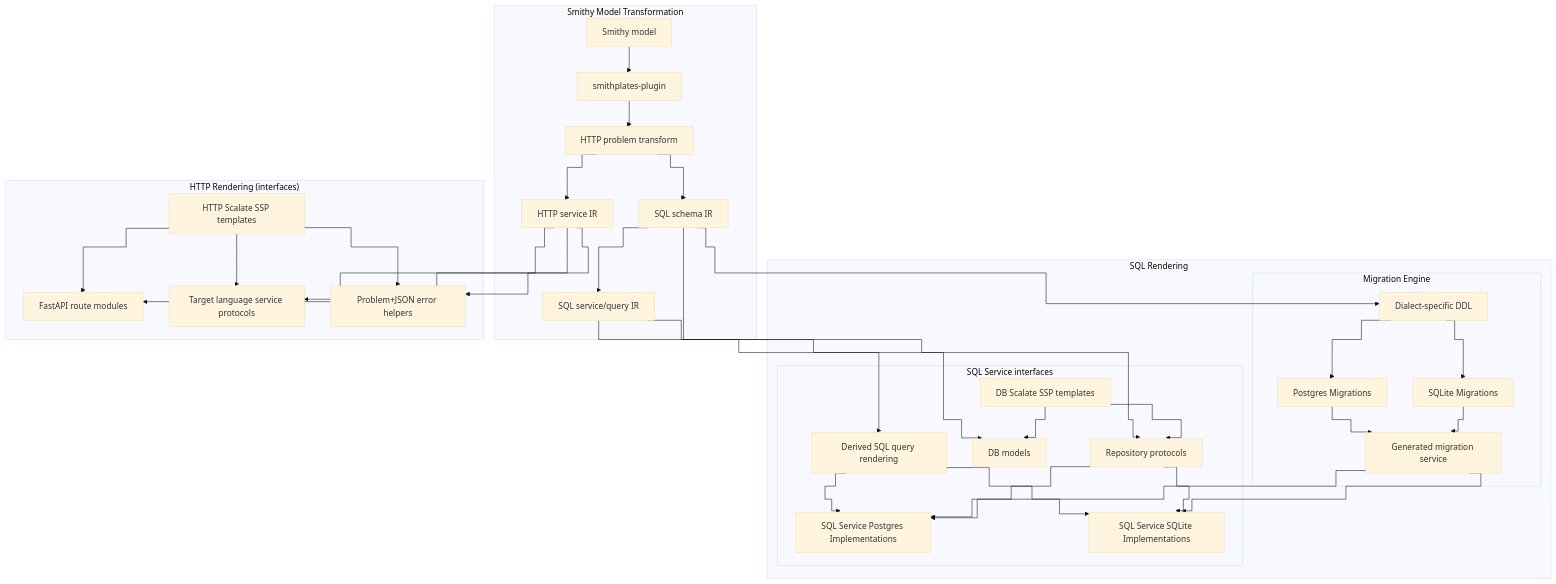
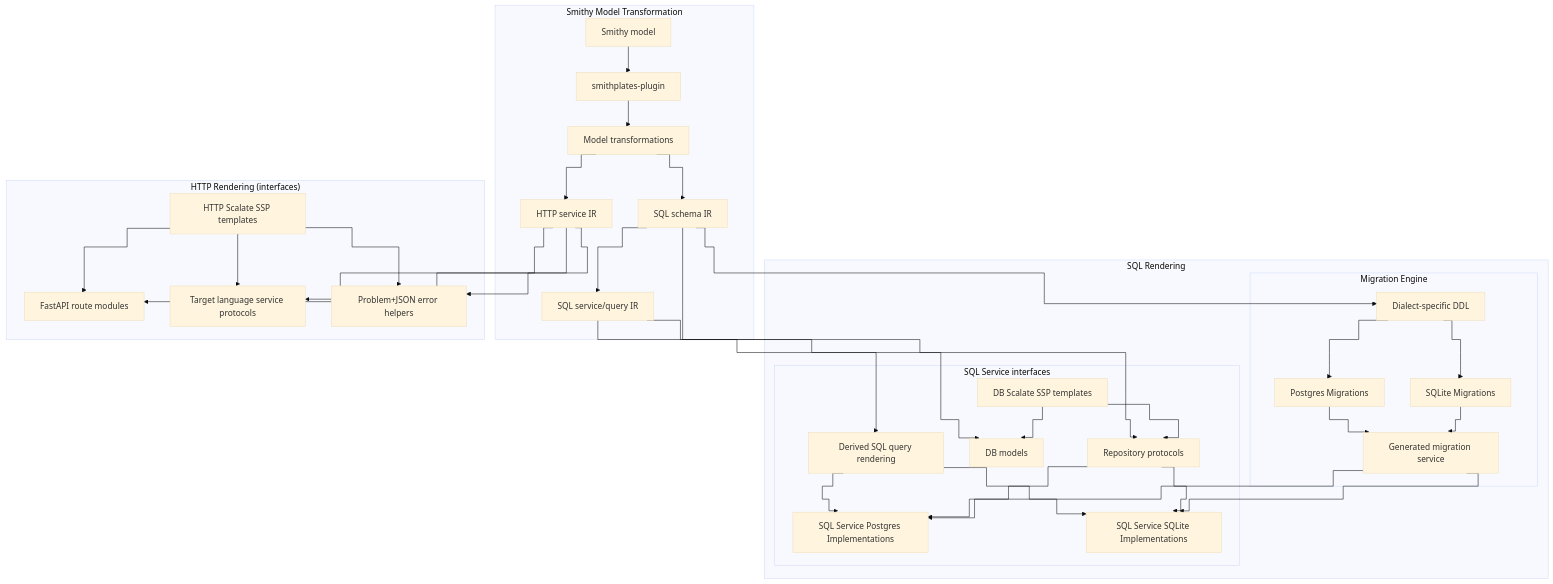
One commit to Jacoby6000/Smithplates changed the diagram in docs/reusable-components/architecture-pipeline.mmd. Above: the diagram before and after it, drawn with Mermaid (base theme). The commit also changed 2 other files, not shown here.

Commit message:
Rename model transformations diagram node.

```diff
--- a/docs/reusable-components/architecture-pipeline.mmd
+++ b/docs/reusable-components/architecture-pipeline.mmd
@@ -1,68 +1,68 @@
 %%{init: {"flowchart": {"curve": "step"}}}%%
 flowchart TD
     subgraph transform["Smithy Model Transformation"]
         SM["Smithy model"]
         SSP["smithplates-plugin"]
-        HTTPProblem["HTTP problem transform"]
+        ModelTransforms["Model transformations"]
         SQLIR["SQL schema IR"]
         SVCIR["SQL service/query IR"]
         HTTPIR["HTTP service IR"]
 
         SM --> SSP
-        SSP --> HTTPProblem
-        HTTPProblem --> SQLIR
+        SSP --> ModelTransforms
+        ModelTransforms --> SQLIR
         SQLIR --> SVCIR
-        HTTPProblem --> HTTPIR
+        ModelTransforms --> HTTPIR
     end
 
     subgraph sql["SQL Rendering"]
         DDL["Dialect-specific DDL"]
         Queries["Derived SQL query rendering"]
         Templates["DB Scalate SSP templates"]
 
         SQLIR --> DDL
         SVCIR --> Queries
 
         subgraph migration["Migration Engine"]
             MigrationSvc["Generated migration service"]
             PostgresMigrations["Postgres Migrations"]
             SqliteMigrations["SQLite Migrations"]
 
             DDL --> PostgresMigrations
             DDL --> SqliteMigrations
             PostgresMigrations --> MigrationSvc
             SqliteMigrations --> MigrationSvc
         end
 
         subgraph interfaces["SQL Service interfaces"]
             Models["DB models"]
             Protocols["Repository protocols"]
             PostgresImpl["SQL Service Postgres Implementations"]
             SqliteImpl["SQL Service SQLite Implementations"]
 
             SQLIR --> Models
             SVCIR --> Protocols
             Templates --> Models
             Templates --> Protocols
             Queries --> PostgresImpl
             Queries --> SqliteImpl
             Protocols --> PostgresImpl
             Protocols --> SqliteImpl
             MigrationSvc --> PostgresImpl
             MigrationSvc --> SqliteImpl
         end
     end
 
     subgraph http["HTTP Rendering (interfaces)"]
         HttpTemplates["HTTP Scalate SSP templates"]
         Routes["FastAPI route modules"]
         HttpProtocols["Target language service protocols"]
         Problems["Problem+JSON error helpers"]
 
         HTTPIR --> Routes
         HTTPIR --> HttpProtocols
         HTTPIR --> Problems
         HttpTemplates --> Routes
         HttpTemplates --> HttpProtocols
         HttpTemplates --> Problems
     end
```
